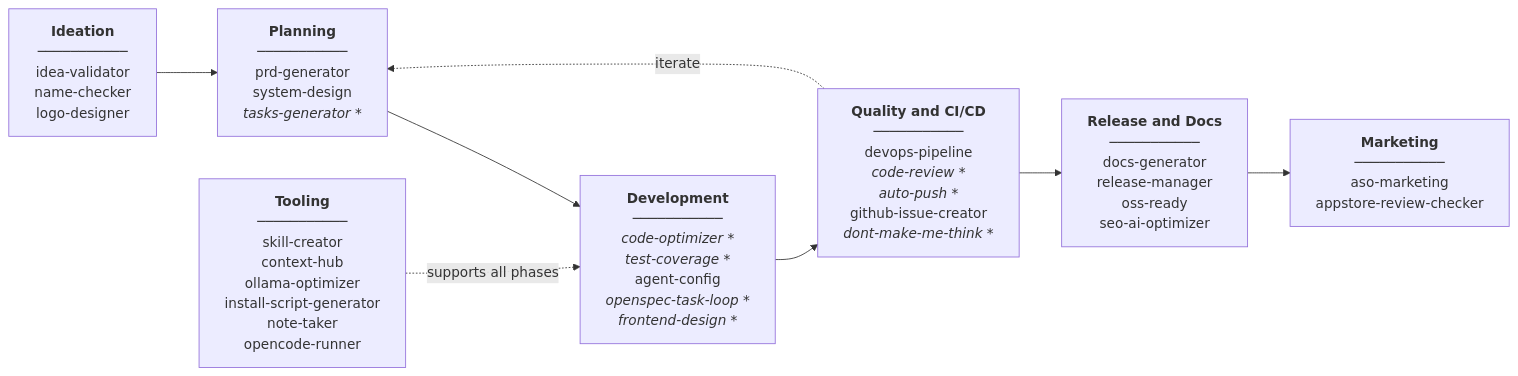
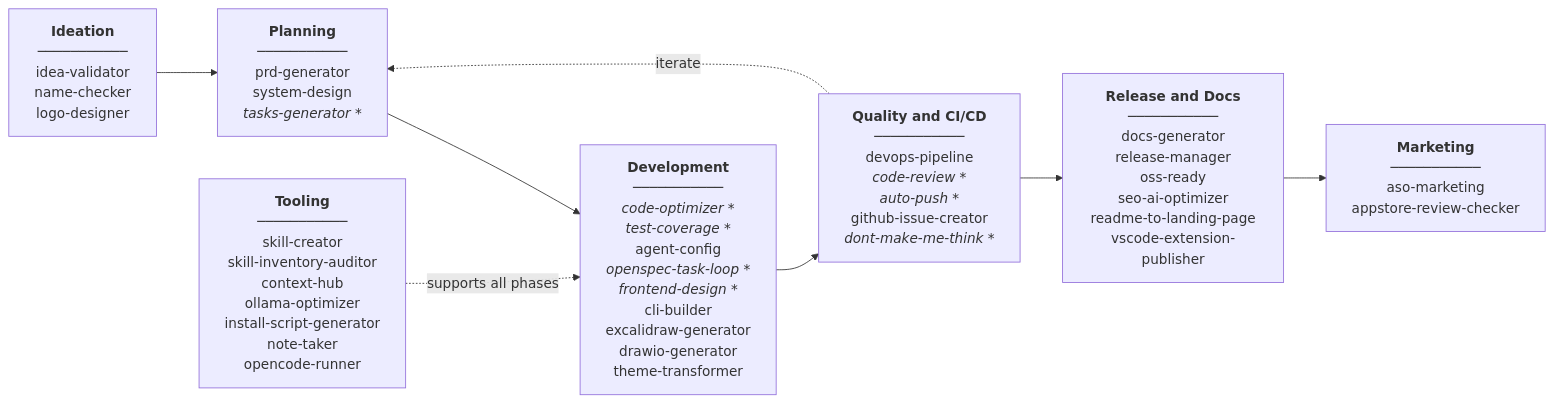
The diagram in README.md (luongnv89/skills), drawn with Mermaid before and after one commit. The commit also changed other lines of this file and 3 other files, not shown here.

First line of the commit message:
feat(readme-to-landing-page): v2.0.0 with copy-paste friendly code blocks

````diff
--- a/README.md
+++ b/README.md
@@ -53,18 +53,18 @@
 ```mermaid
 flowchart LR
     IDEATION["<b>Ideation</b><br/>───────────<br/>idea-validator<br/>name-checker<br/>logo-designer"]
     PLANNING["<b>Planning</b><br/>───────────<br/>prd-generator<br/>system-design<br/><i>tasks-generator *</i>"]
-    DEVELOPMENT["<b>Development</b><br/>───────────<br/><i>code-optimizer *</i><br/><i>test-coverage *</i><br/>agent-config<br/><i>openspec-task-loop *</i><br/><i>frontend-design *</i>"]
+    DEVELOPMENT["<b>Development</b><br/>───────────<br/><i>code-optimizer *</i><br/><i>test-coverage *</i><br/>agent-config<br/><i>openspec-task-loop *</i><br/><i>frontend-design *</i><br/>cli-builder<br/>excalidraw-generator<br/>drawio-generator<br/>theme-transformer"]
     QUALITY["<b>Quality and CI/CD</b><br/>───────────<br/>devops-pipeline<br/><i>code-review *</i><br/><i>auto-push *</i><br/>github-issue-creator<br/><i>dont-make-me-think *</i>"]
-    RELEASE["<b>Release and Docs</b><br/>───────────<br/>docs-generator<br/>release-manager<br/>oss-ready<br/>seo-ai-optimizer"]
+    RELEASE["<b>Release and Docs</b><br/>───────────<br/>docs-generator<br/>release-manager<br/>oss-ready<br/>seo-ai-optimizer<br/>readme-to-landing-page<br/>vscode-extension-publisher"]
     MARKETING["<b>Marketing</b><br/>───────────<br/>aso-marketing<br/>appstore-review-checker"]
-    TOOLING["<b>Tooling</b><br/>───────────<br/>skill-creator<br/>context-hub<br/>ollama-optimizer<br/>install-script-generator<br/>note-taker<br/>opencode-runner"]
+    TOOLING["<b>Tooling</b><br/>───────────<br/>skill-creator<br/>skill-inventory-auditor<br/>context-hub<br/>ollama-optimizer<br/>install-script-generator<br/>note-taker<br/>opencode-runner"]
 
     IDEATION --> PLANNING
     PLANNING --> DEVELOPMENT
     DEVELOPMENT --> QUALITY
     QUALITY --> RELEASE
     RELEASE --> MARKETING
     QUALITY -.->|iterate| PLANNING
     TOOLING -.->|supports all phases| DEVELOPMENT
 ```
````
